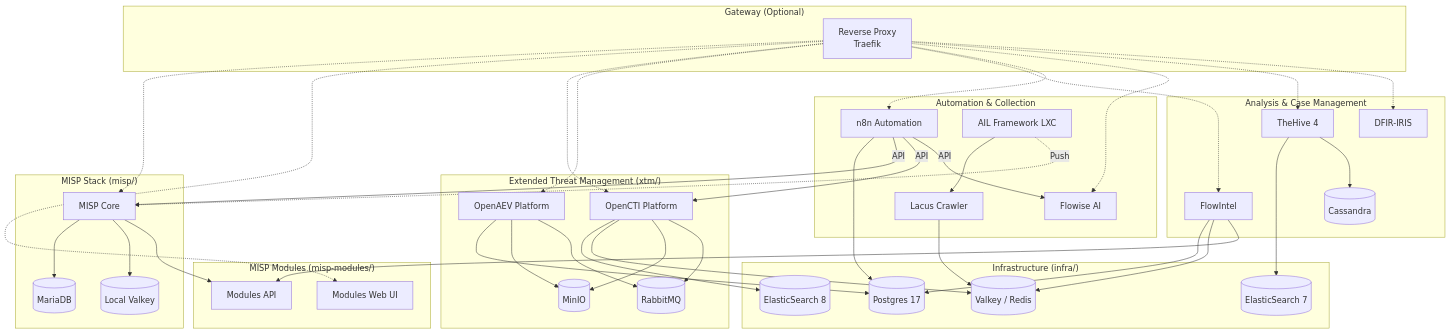
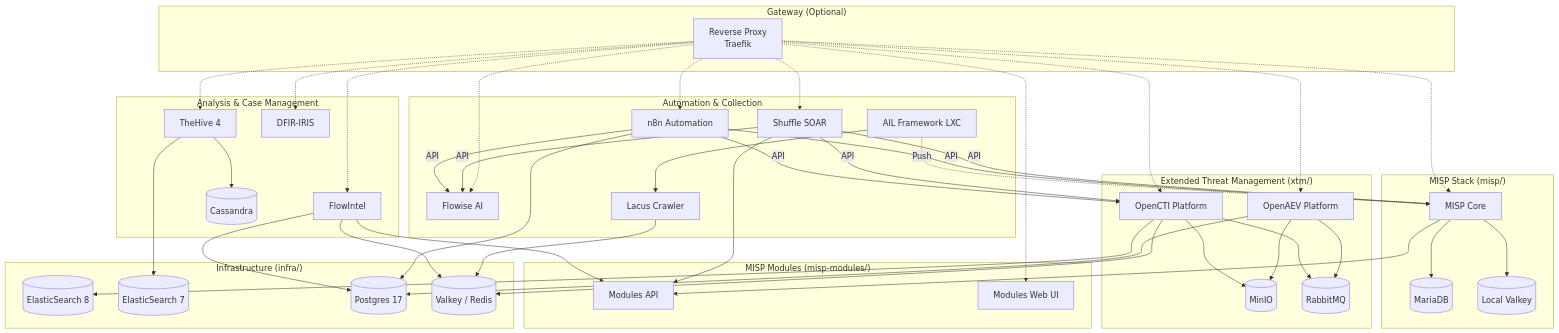
One commit to JazenaYLA/threatlabs-cti-stack changed the diagram in README.md. Above: the diagram before and after it, drawn with Mermaid. The commit also changed other lines of this file and 1 other file, not shown here.

Commit message:
docs: sync architecture diagram with reality (LXC Proxy and Shuffle)

````diff
--- a/README.md
+++ b/README.md
@@ -9,67 +9,68 @@
 ```mermaid
     graph TD
 
     subgraph "Gateway (Optional)"
         Proxy[Reverse Proxy<br/>Traefik]
     end
 
     subgraph "Infrastructure (infra/)"
         ES8[(ElasticSearch 8)]
         ES7[(ElasticSearch 7)]
         Postgres[(Postgres 17)]
         Valkey[(Valkey / Redis)]
     end
 
     subgraph "MISP Stack (misp/)"
         MISP[MISP Core]
         MISPDB[(MariaDB)]
         MISPCache[(Local Valkey)]
     end
 
     subgraph "MISP Modules (misp-modules/)"
         Modules[Modules API]
         ModulesWeb[Modules Web UI]
     end
 
     subgraph "Extended Threat Management (xtm/)"
         OpenCTI[OpenCTI Platform]
         OpenAEV[OpenAEV Platform]
         XTMMinIO[(MinIO)]
         XTMRabbit[(RabbitMQ)]
     end
 
     subgraph "Analysis & Case Management"
         FlowIntel[FlowIntel]
         TheHive[TheHive 4]
         Cassandra[(Cassandra)]
         IRIS[DFIR-IRIS]
     end
 
     subgraph "Automation & Collection"
         n8n[n8n Automation]
         Flowise[Flowise AI]
+        Shuffle[Shuffle SOAR]
         Lacus[Lacus Crawler]
         AIL[AIL Framework LXC]
     end
 
     %% Infrastructure Dependencies
     OpenCTI --> ES8
     TheHive --> ES7
     
     OpenAEV & FlowIntel & n8n --> Postgres
     OpenCTI & FlowIntel & Lacus --> Valkey
 
     %% Local Stack Dependencies
     MISP --> MISPDB & MISPCache
     TheHive --> Cassandra
     OpenCTI & OpenAEV --> XTMMinIO & XTMRabbit
 
     %% Integrations
-    MISP & FlowIntel --> Modules
+    MISP & FlowIntel & Shuffle --> Modules
     AIL --> Lacus
     AIL -.->|Push| MISP
-    n8n -->|API| MISP & OpenCTI & Flowise
+    n8n & Shuffle -->|API| MISP & OpenCTI & Flowise
     
     %% Gateway Routing
-    Proxy -.-> MISP & ModulesWeb & OpenCTI & OpenAEV & FlowIntel & n8n & Flowise & TheHive & IRIS
+    Proxy -.-> MISP & ModulesWeb & OpenCTI & OpenAEV & FlowIntel & n8n & Flowise & TheHive & IRIS & Shuffle
 ```
````
